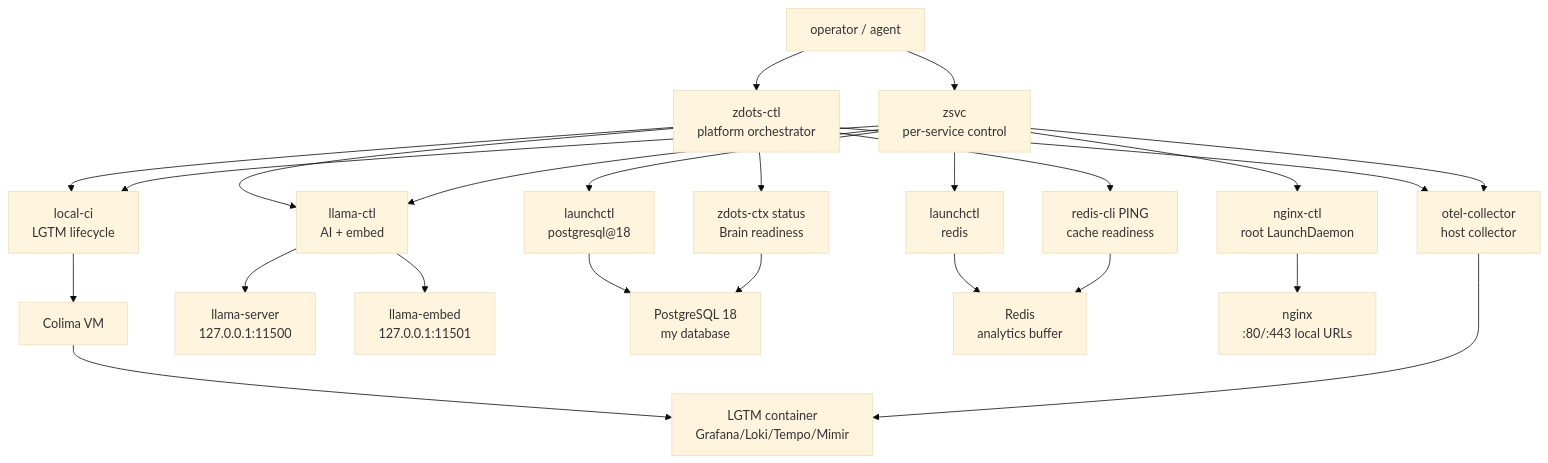
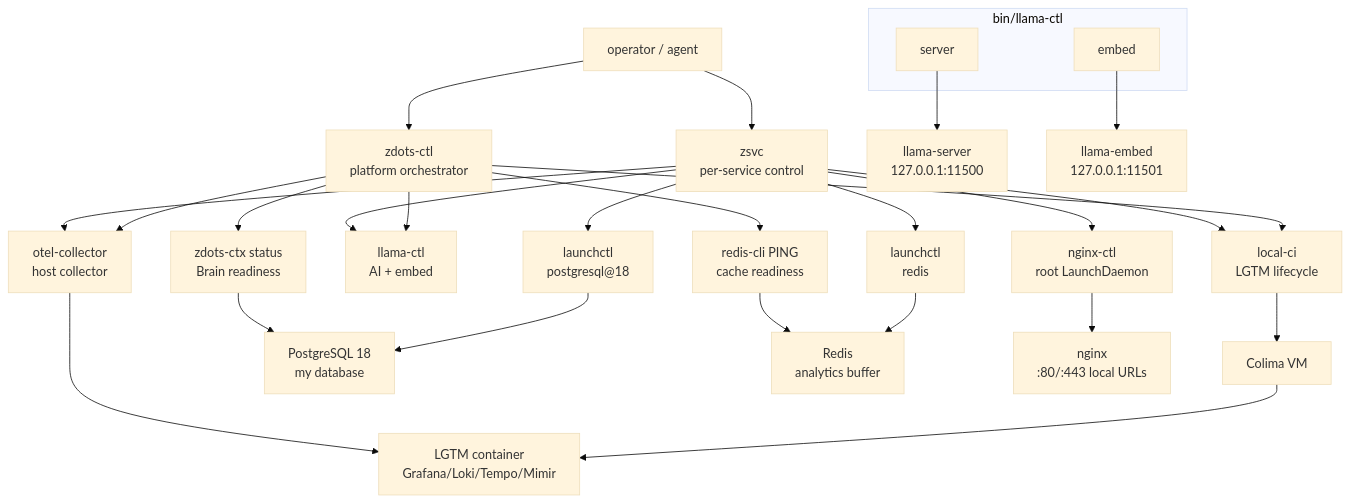
The first of 4 diagrams in docs/platform-service-plane.md (just3ws/zdots), drawn with Mermaid (base theme) before and after one commit. The commit also changed other lines of this file, not shown here.

Commit message:
docs: update platform service plane with llama-ctl subcommand structure

````diff
--- a/docs/platform-service-plane.md
+++ b/docs/platform-service-plane.md
@@ -32,31 +32,37 @@
 ```mermaid
 flowchart TB
     operator["operator / agent"] --> ctl["zdots-ctl\nplatform orchestrator"]
     operator --> zsvc["zsvc\nper-service control"]
 
     ctl --> localci["local-ci\nLGTM lifecycle"]
     ctl --> otelctl["otel-collector\nhost collector"]
     ctl --> llamactl["llama-ctl\nAI + embed"]
     ctl --> brain["zdots-ctx status\nBrain readiness"]
     ctl --> redisprobe["redis-cli PING\ncache readiness"]
 
     zsvc --> llamactl
     zsvc --> otelctl
     zsvc --> localci
     zsvc --> nginxctl["nginx-ctl\nroot LaunchDaemon"]
     zsvc --> pglaunch["launchctl\npostgresql@18"]
     zsvc --> redislaunch["launchctl\nredis"]
 
     localci --> colima["Colima VM"]
     colima --> lgtm["LGTM container\nGrafana/Loki/Tempo/Mimir"]
     otelctl --> lgtm
 
-    llamactl --> llama["llama-server\n127.0.0.1:11500"]
-    llamactl --> embed["llama-embed\n127.0.0.1:11501"]
+    subgraph LlamaCtl[bin/llama-ctl]
+        LlamaServer[server]
+        LlamaEmbed[embed]
+    end
+
+    LlamaServer --> llama["llama-server\n127.0.0.1:11500"]
+    LlamaEmbed --> embed["llama-embed\n127.0.0.1:11501"]
+    
     pglaunch --> postgres["PostgreSQL 18\nmy database"]
     redislaunch --> redis["Redis\nanalytics buffer"]
     nginxctl --> nginx["nginx\n:80/:443 local URLs"]
 
     brain --> postgres
     redisprobe --> redis
 ```
````
